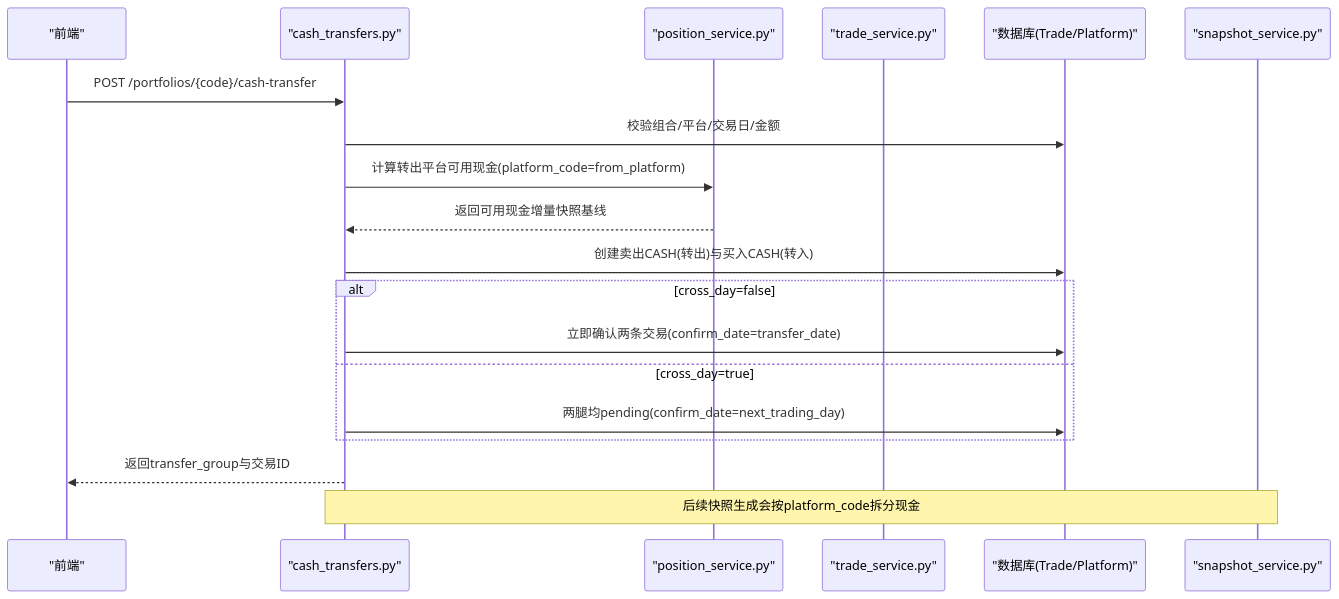
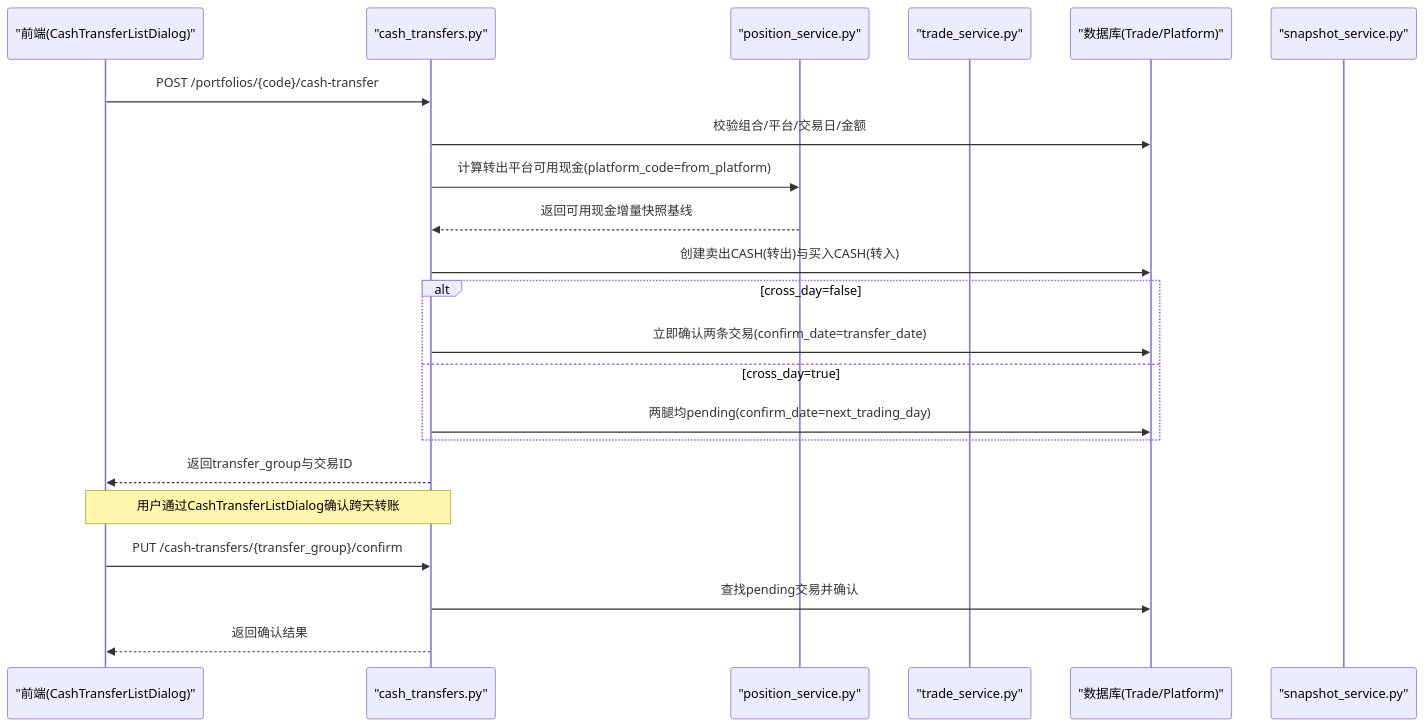
The second of 9 diagrams in .qoder/repowiki/zh/content/核心业务功能/平台间现金转移系统.md (gujialind/InvestRing), drawn with Mermaid before and after one commit. The commit also changed other lines of this file and 32 other files, not shown here.

````diff
--- a/.qoder/repowiki/zh/content/核心业务功能/平台间现金转移系统.md
+++ b/.qoder/repowiki/zh/content/核心业务功能/平台间现金转移系统.md
@@ -134,21 +143,24 @@
 ```mermaid
 sequenceDiagram
-participant FE as "前端"
+participant FE as "前端(CashTransferListDialog)"
 participant RT as "cash_transfers.py"
 participant PS as "position_service.py"
 participant TS as "trade_service.py"
 participant DB as "数据库(Trade/Platform)"
 participant SS as "snapshot_service.py"
 FE->>RT : POST /portfolios/{code}/cash-transfer
 RT->>DB : 校验组合/平台/交易日/金额
 RT->>PS : 计算转出平台可用现金(platform_code=from_platform)
 PS-->>RT : 返回可用现金增量快照基线
 RT->>DB : 创建卖出CASH(转出)与买入CASH(转入)
 alt cross_day=false
 RT->>DB : 立即确认两条交易(confirm_date=transfer_date)
 else cross_day=true
 RT->>DB : 两腿均pending(confirm_date=next_trading_day)
 end
 RT-->>FE : 返回transfer_group与交易ID
-Note over SS,RT : 后续快照生成会按platform_code拆分现金
+Note over FE,RT : 用户通过CashTransferListDialog确认跨天转账
+FE->>RT : PUT /cash-transfers/{transfer_group}/confirm
+RT->>DB : 查找pending交易并确认
+RT-->>FE : 返回确认结果
 ```
````
